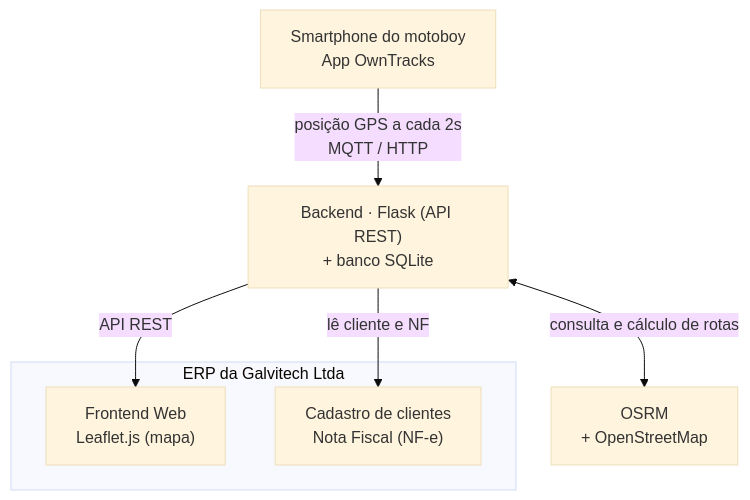
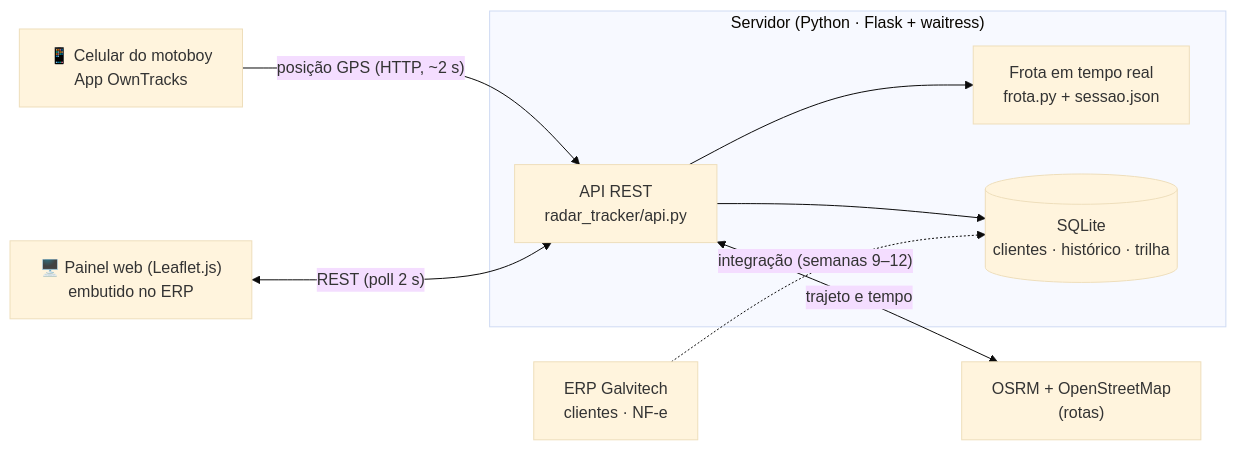
Before and after one commit to AndreeSpecht/rastreamento-motoboys-galvitech: the diagram in README.md, drawn with Mermaid (base theme). The commit also changed other lines of this file and 1 other file, not shown here.

````diff
--- a/README.md
+++ b/README.md
@@ -86,16 +101,19 @@
 ```mermaid
-flowchart TD
-    APP["Smartphone do motoboy<br/>App OwnTracks"]
-    OSRM["OSRM<br/>+ OpenStreetMap"]
-    BACK["Backend · Flask (API REST)<br/>+ banco SQLite"]
+flowchart LR
+    APP["📱 Celular do motoboy<br/>App OwnTracks"]
+    subgraph SRV["Servidor (Python · Flask + waitress)"]
+        API["API REST<br/>radar_tracker/api.py"]
+        FROTA["Frota em tempo real<br/>frota.py + sessao.json"]
+        DB[("SQLite<br/>clientes · histórico · trilha")]
+    end
+    OSRM["OSRM + OpenStreetMap<br/>(rotas)"]
+    WEB["🖥️ Painel web (Leaflet.js)<br/>embutido no ERP"]
+    ERP["ERP Galvitech<br/>clientes · NF-e"]
 
-    subgraph ERP["ERP da Galvitech Ltda"]
-        FRONT["Frontend Web<br/>Leaflet.js (mapa)"]
-        DATA["Cadastro de clientes<br/>Nota Fiscal (NF-e)"]
-    end
-
-    APP -->|"posição GPS a cada 2s<br/>MQTT / HTTP"| BACK
-    BACK <-->|"consulta e cálculo de rotas"| OSRM
-    BACK -->|"API REST"| FRONT
-    BACK -->|"lê cliente e NF"| DATA
+    APP -- "posição GPS (HTTP, ~2 s)" --> API
+    WEB <-->|"REST (poll 2 s)"| API
+    API --> FROTA
+    API --> DB
+    API <-->|"trajeto e tempo"| OSRM
+    ERP -.->|"integração (semanas 9–12)"| DB
 ```
````
